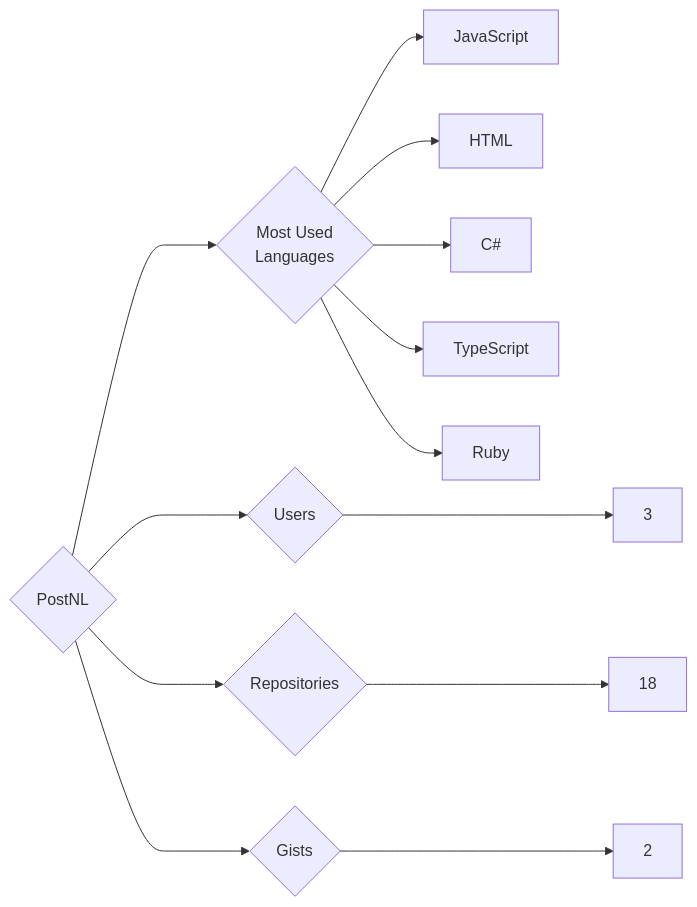
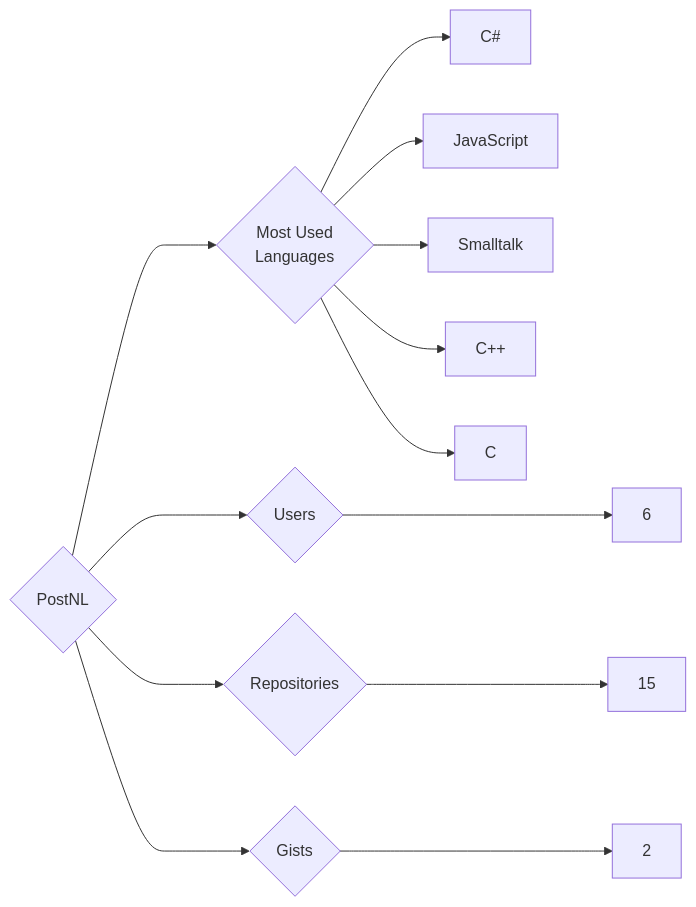
The diagram in targets/PostNL/README.md (trickest/insiders), drawn with Mermaid before and after one commit. The commit also changed 920 other files, not shown here.

````diff
--- a/targets/PostNL/README.md
+++ b/targets/PostNL/README.md
@@ -3,13 +3,13 @@
 ```mermaid
 graph LR
 COMPANY_NAME{PostNL}
-COMPANY_NAME ---> U{Users} ---> UN[3]
-COMPANY_NAME ---> R{Repositories} ---> RN[18]
+COMPANY_NAME ---> U{Users} ---> UN[6]
+COMPANY_NAME ---> R{Repositories} ---> RN[15]
 COMPANY_NAME ---> G{Gists} ---> GN[2]
 COMPANY_NAME ---> ML{Most Used<br>Languages}
+ML --> C#[C#]
 ML --> JavaScript[JavaScript]
-ML --> HTML[HTML]
-ML --> C#[C#]
-ML --> TypeScript[TypeScript]
-ML --> Ruby[Ruby]
+ML --> Smalltalk[Smalltalk]
+ML --> C++[C++]
+ML --> C[C]
 ```
````
